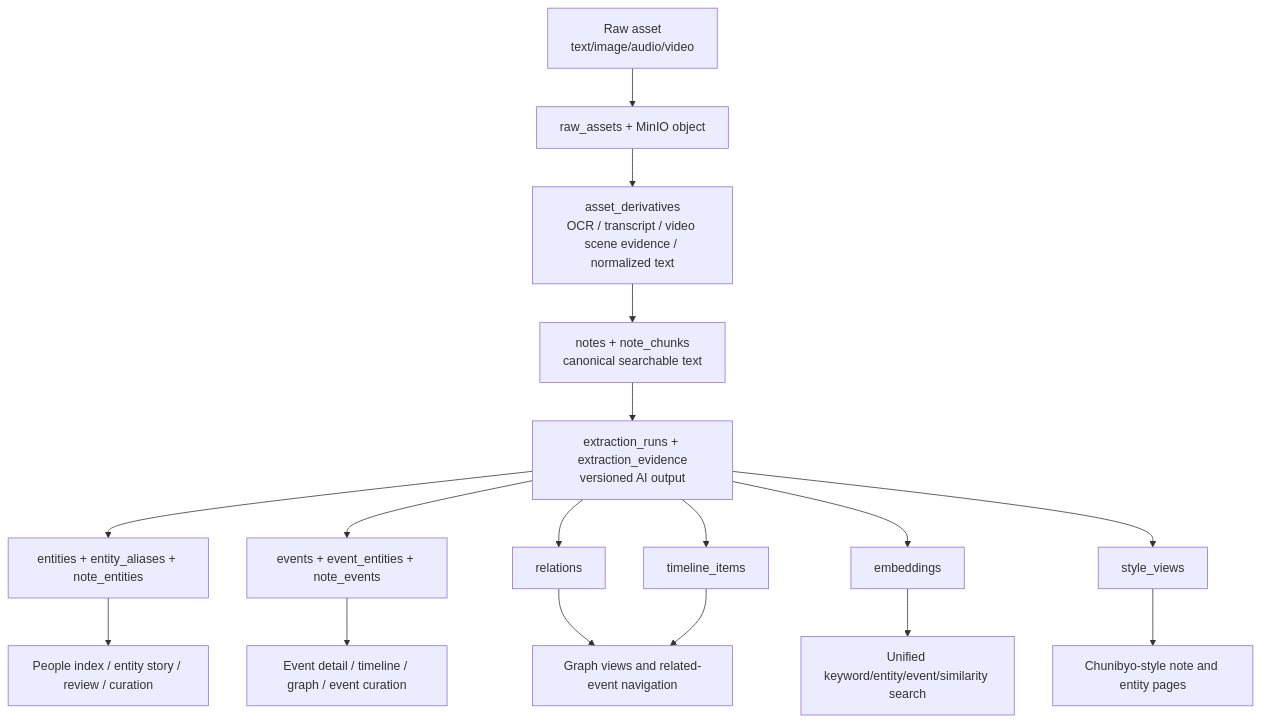
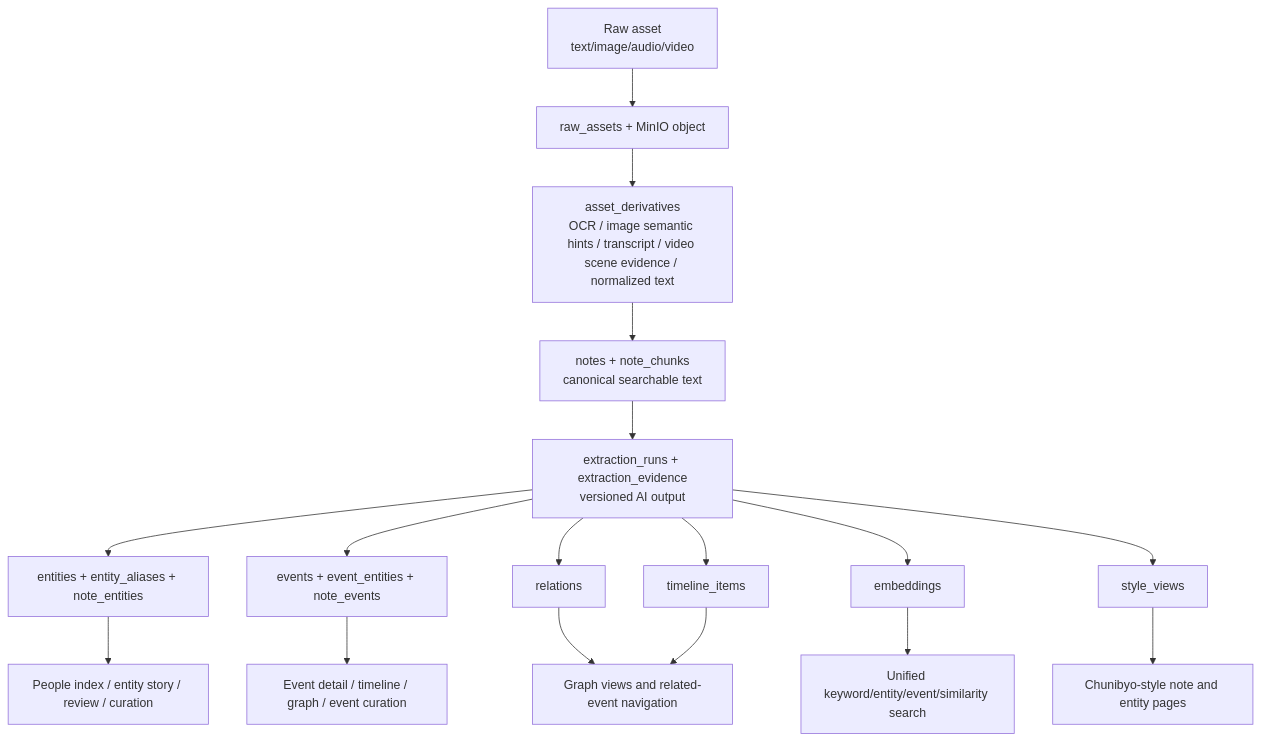
One commit to cavendishers/-outlawer changed the third of 4 diagrams in docs/current-system-overview.md. Above: the diagram before and after it, drawn with Mermaid. The commit also changed other lines of this file and 12 other files, not shown here.

````diff
--- a/docs/current-system-overview.md
+++ b/docs/current-system-overview.md
@@ -51,19 +51,19 @@
 ```mermaid
 flowchart TD
     Raw["Raw asset<br/>text/image/audio/video"] --> RawStore["raw_assets + MinIO object"]
-    RawStore --> Derivative["asset_derivatives<br/>OCR / transcript / video scene evidence / normalized text"]
+    RawStore --> Derivative["asset_derivatives<br/>OCR / image semantic hints / transcript / video scene evidence / normalized text"]
     Derivative --> Note["notes + note_chunks<br/>canonical searchable text"]
     Note --> Extraction["extraction_runs + extraction_evidence<br/>versioned AI output"]
     Extraction --> Entity["entities + entity_aliases + note_entities"]
     Extraction --> Event["events + event_entities + note_events"]
     Extraction --> Relation["relations"]
     Extraction --> Timeline["timeline_items"]
     Extraction --> Embedding["embeddings"]
     Extraction --> Story["style_views"]
     Entity --> Views["People index / entity story / review / curation"]
     Event --> Views2["Event detail / timeline / graph / event curation"]
     Relation --> Graph["Graph views and related-event navigation"]
     Timeline --> Graph
     Embedding --> Search["Unified keyword/entity/event/similarity search"]
     Story --> StoryViews["Chunibyo-style note and entity pages"]
 ```
````
